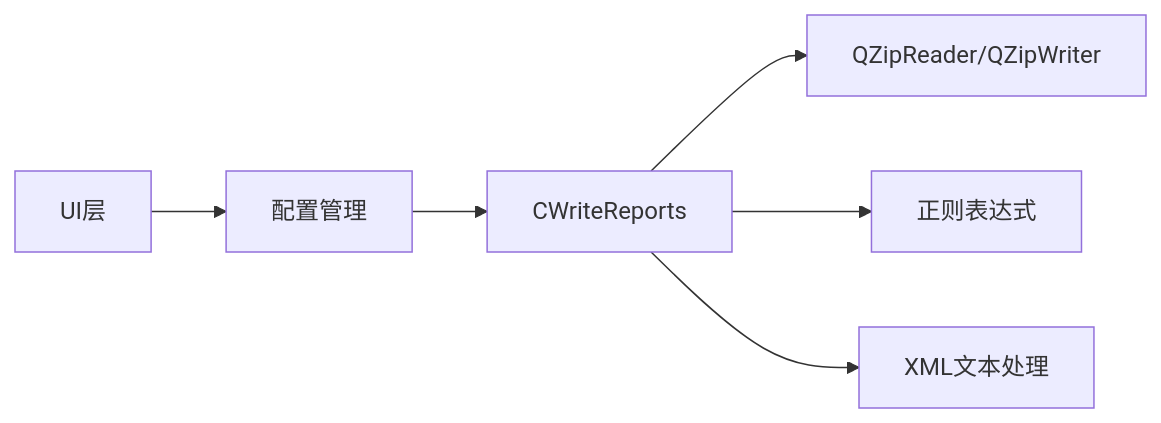
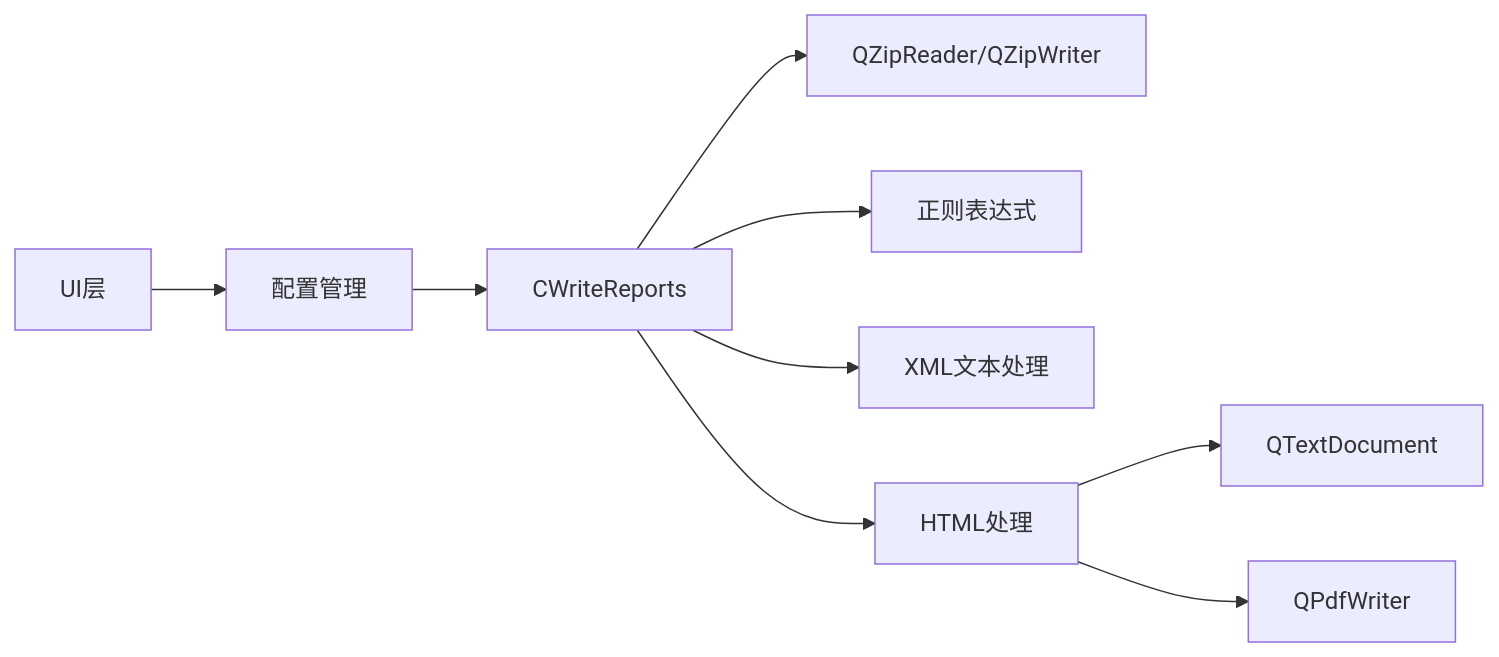
Before and after one commit to yangreest/Zero-value-Insulator-Robot-V2: the fifth of 5 diagrams in .qoder/repowiki/zh/content/用户手册/报告生成与管理/导出格式支持.md, drawn with Mermaid. The commit also changed other lines of this file and 22 other files, not shown here.

````diff
--- a/.qoder/repowiki/zh/content/用户手册/报告生成与管理/导出格式支持.md
+++ b/.qoder/repowiki/zh/content/用户手册/报告生成与管理/导出格式支持.md
@@ -176,8 +232,11 @@
 ```mermaid
 graph LR
 UI["UI层"] --> CFG["配置管理"]
 CFG --> WR["CWriteReports"]
 WR --> ZIP["QZipReader/QZipWriter"]
 WR --> REG["正则表达式"]
 WR --> XML["XML文本处理"]
+WR --> HTML["HTML处理"]
+HTML --> TD["QTextDocument"]
+HTML --> PW["QPdfWriter"]
 ```
````
